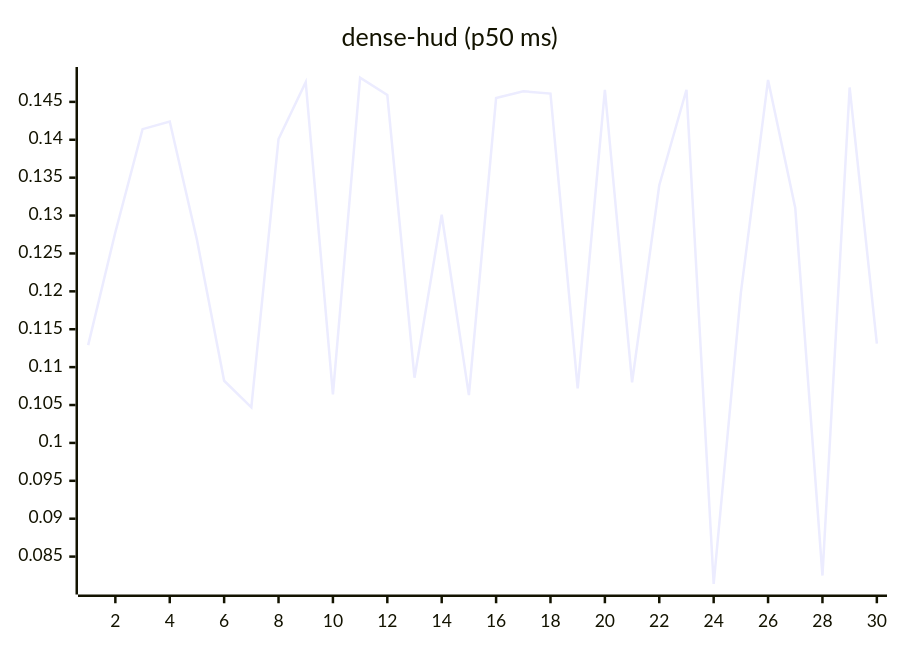
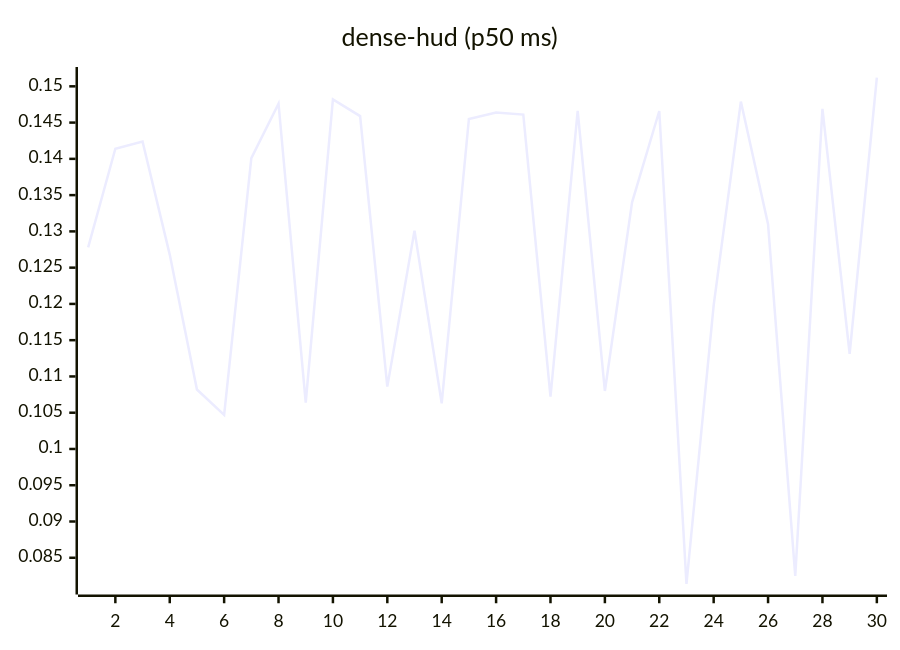
One commit to josha/Facet changed the eighth of 27 diagrams in README.md. Above: the diagram before and after it, drawn with Mermaid. The commit also changed other lines of this file and 2 other files, not shown here.

````diff
--- a/README.md
+++ b/README.md
@@ -112,6 +112,6 @@
 ```mermaid
 xychart-beta
     title "dense-hud (p50 ms)"
     x-axis 1 --> 30
-    line [0.1129, 0.1278, 0.1414, 0.1424, 0.1268, 0.1082, 0.1047, 0.1401, 0.1476, 0.1064, 0.1482, 0.1459, 0.1086, 0.1301, 0.1063, 0.1455, 0.1464, 0.1461, 0.1072, 0.1466, 0.1080, 0.1340, 0.1466, 0.0814, 0.1198, 0.1479, 0.1310, 0.0825, 0.1469, 0.1131]
+    line [0.1278, 0.1414, 0.1424, 0.1268, 0.1082, 0.1047, 0.1401, 0.1476, 0.1064, 0.1482, 0.1459, 0.1086, 0.1301, 0.1063, 0.1455, 0.1464, 0.1461, 0.1072, 0.1466, 0.1080, 0.1340, 0.1466, 0.0814, 0.1198, 0.1479, 0.1310, 0.0825, 0.1469, 0.1131, 0.1512]
 ```
````
